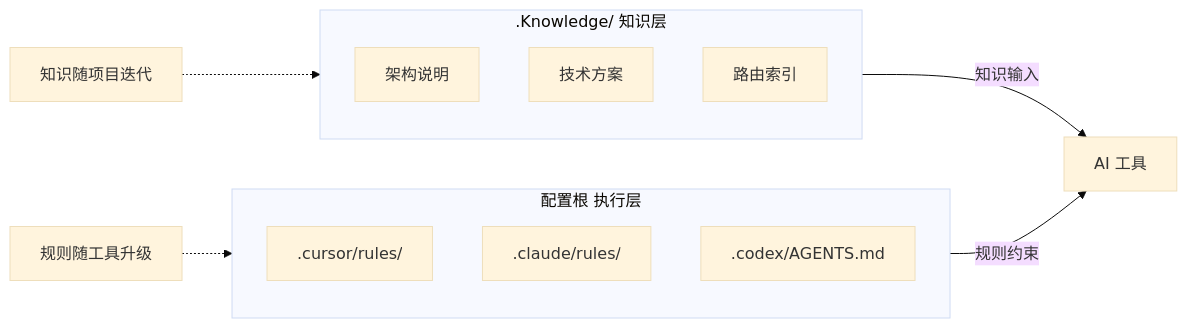
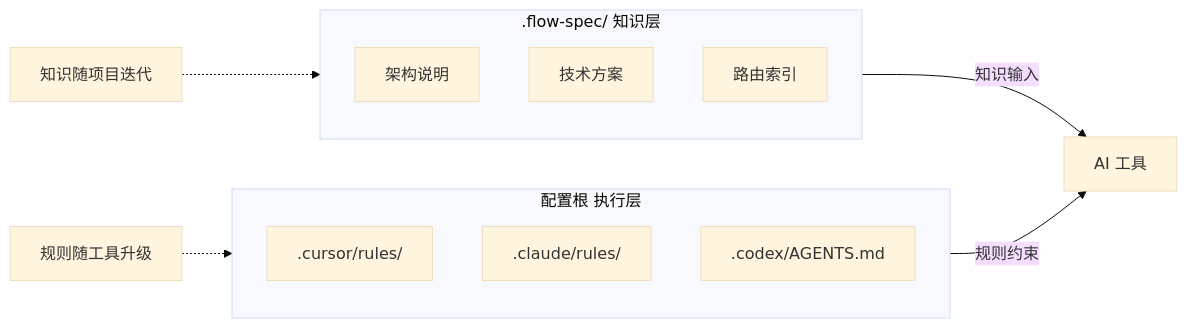
The third of 10 diagrams in docs/设计说明.md (double-coding-lab/Flow2Spec), drawn with Mermaid (base theme) before and after one commit. The commit also changed other lines of this file and 543 other files, not shown here.

Commit message:
♻️ refactor: 统一 flow-spec 命名与知识库路径

````diff
--- a/docs/设计说明.md
+++ b/docs/设计说明.md
@@ -95,20 +95,20 @@
 ```mermaid
 graph LR
-    subgraph K[".Knowledge/  知识层"]
+    subgraph K[".flow-spec/  知识层"]
         K1[架构说明]
         K2[技术方案]
         K3[路由索引]
     end
 
     subgraph R["配置根  执行层"]
         R1[.cursor/rules/]
         R2[.claude/rules/]
         R3[.codex/AGENTS.md]
     end
 
     K -->|知识输入| AI[AI 工具]
     R -->|规则约束| AI
 
     note1["知识随项目迭代"] -.-> K
     note2["规则随工具升级"] -.-> R
 ```
````
